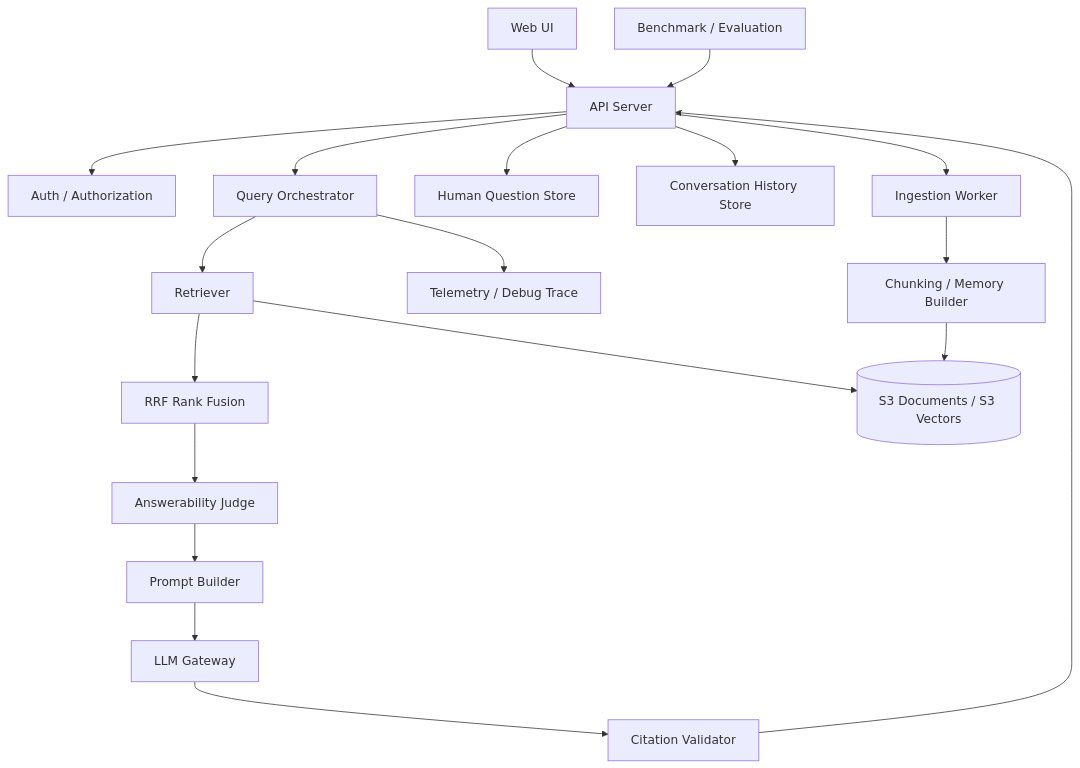
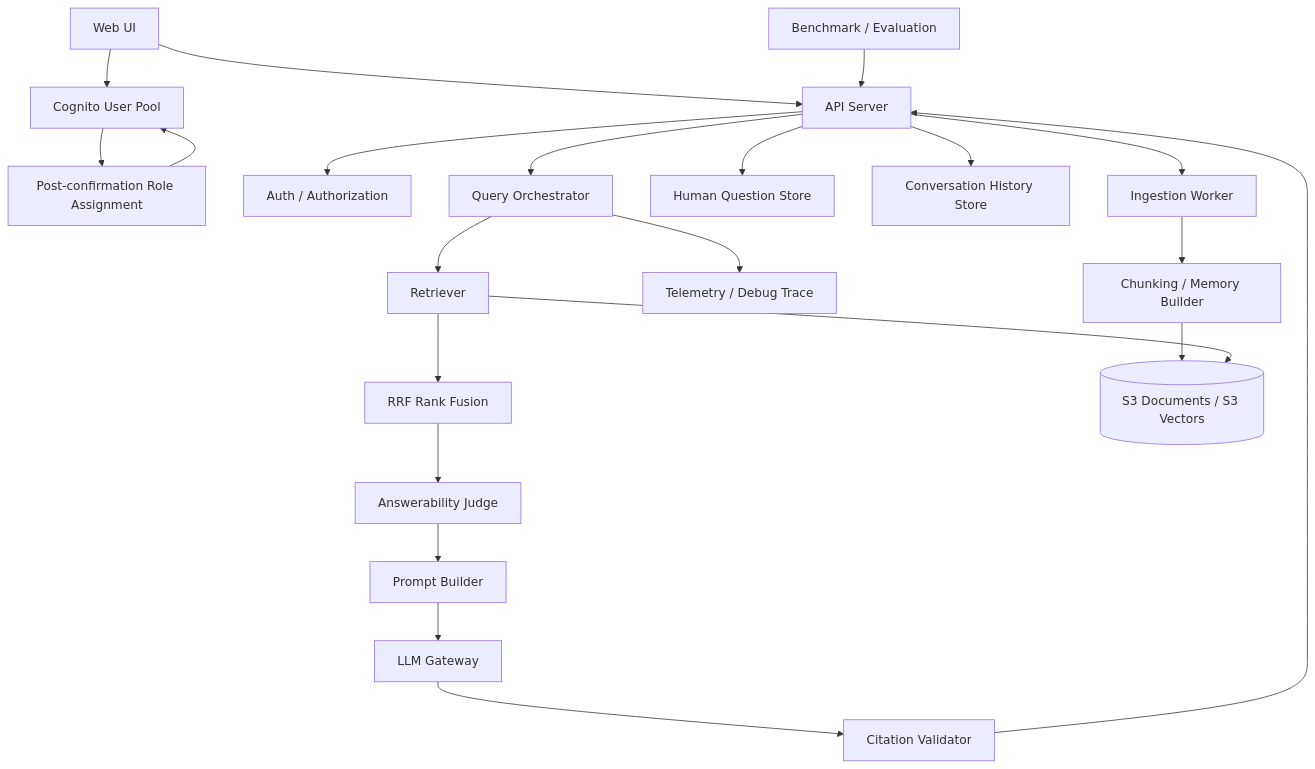
One commit to tsuji-tomonori/rag-assist changed the first of 2 diagrams in memorag-bedrock-mvp/docs/2_アーキテクチャ_ARC/11_ビュー_VIEW/ARC_VIEW_001.md. Above: the diagram before and after it, drawn with Mermaid. The commit also changed other lines of this file and 8 other files, not shown here.

````diff
--- a/memorag-bedrock-mvp/docs/2_アーキテクチャ_ARC/11_ビュー_VIEW/ARC_VIEW_001.md
+++ b/memorag-bedrock-mvp/docs/2_アーキテクチャ_ARC/11_ビュー_VIEW/ARC_VIEW_001.md
@@ -18,39 +18,44 @@
 ```mermaid
 flowchart TB
   Web[Web UI]
+  Cognito[Cognito User Pool]
+  SignupRole[Post-confirmation Role Assignment]
   Api[API Server]
   Auth[Auth / Authorization]
   Orchestrator[Query Orchestrator]
   Retriever[Retriever]
   Fusion[RRF Rank Fusion]
   Judge[Answerability Judge]
   Prompt[Prompt Builder]
   Llm[LLM Gateway]
   Citation[Citation Validator]
   Eval[Benchmark / Evaluation]
   Trace[Telemetry / Debug Trace]
   Questions[Human Question Store]
   History[Conversation History Store]
   Ingest[Ingestion Worker]
   Chunk[Chunking / Memory Builder]
   Store[(S3 Documents / S3 Vectors)]
 
   Web --> Api
+  Web --> Cognito
+  Cognito --> SignupRole
+  SignupRole --> Cognito
   Api --> Auth
   Api --> Orchestrator
   Orchestrator --> Retriever
   Retriever --> Fusion
   Fusion --> Judge
   Judge --> Prompt
   Prompt --> Llm
   Llm --> Citation
   Citation --> Api
   Orchestrator --> Trace
   Api --> Questions
   Api --> History
   Eval --> Api
   Api --> Ingest
   Ingest --> Chunk
   Chunk --> Store
   Retriever --> Store
 ```
````
